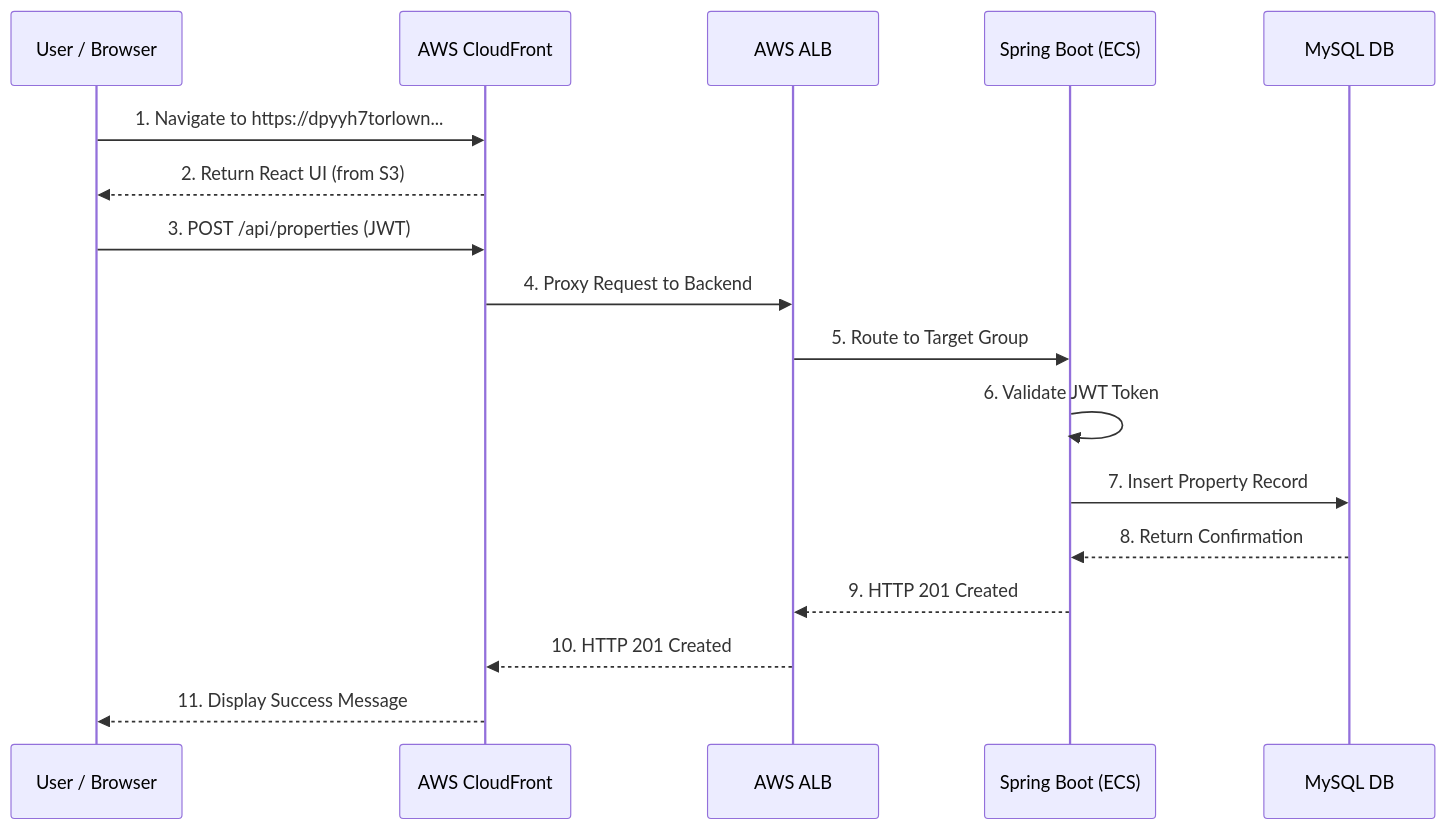
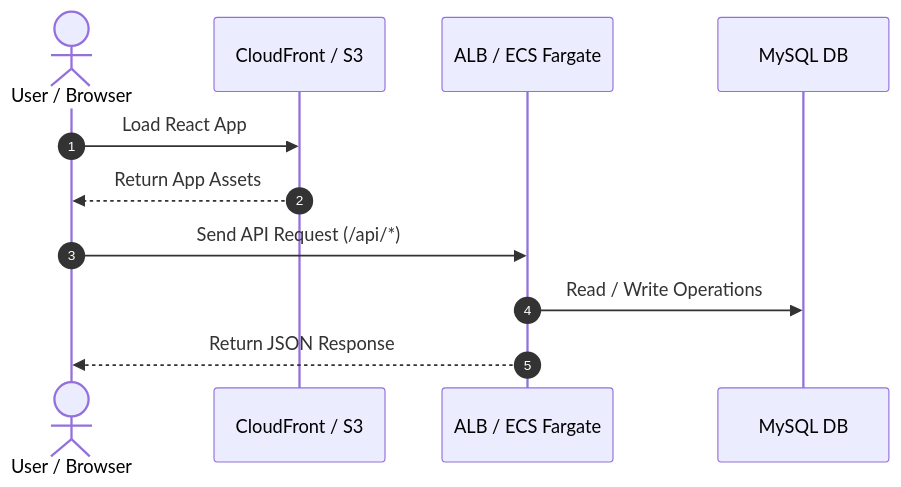
The second of 3 diagrams in README.md (pirates27/frontend), drawn with Mermaid before and after one commit. The commit also changed other lines of this file, not shown here.

````diff
--- a/README.md
+++ b/README.md
@@ -127,23 +107,14 @@
 ```mermaid
 sequenceDiagram
-    participant User as User / Browser
-    participant CloudFront as AWS CloudFront
-    participant ALB as AWS ALB
-    participant Spring as Spring Boot (ECS)
+    autonumber
+    actor User as User / Browser
+    participant CF as CloudFront / S3
+    participant API as ALB / ECS Fargate
     participant DB as MySQL DB
 
-    User->>CloudFront: 1. Navigate to https://dpyyh7torlown...
-    CloudFront-->>User: 2. Return React UI (from S3)
-    
-    User->>CloudFront: 3. POST /api/properties (JWT)
-    CloudFront->>ALB: 4. Proxy Request to Backend
-    ALB->>Spring: 5. Route to Target Group
-    
-    Spring->>Spring: 6. Validate JWT Token
-    Spring->>DB: 7. Insert Property Record
-    DB-->>Spring: 8. Return Confirmation
-    
-    Spring-->>ALB: 9. HTTP 201 Created
-    ALB-->>CloudFront: 10. HTTP 201 Created
-    CloudFront-->>User: 11. Display Success Message
+    User->>CF: Load React App
+    CF-->>User: Return App Assets
+    User->>API: Send API Request (/api/*)
+    API->>DB: Read / Write Operations
+    API-->>User: Return JSON Response
 ```
````
